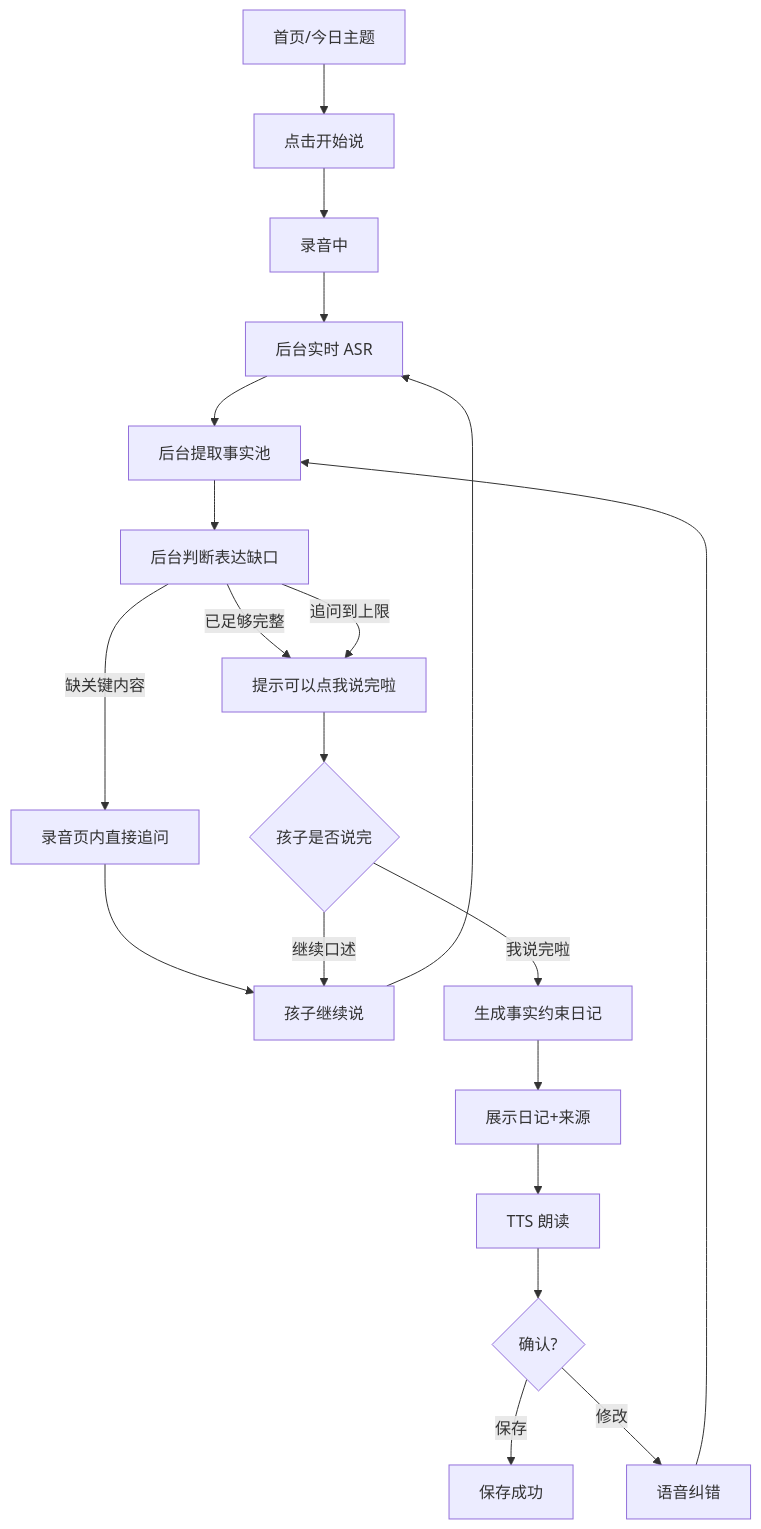
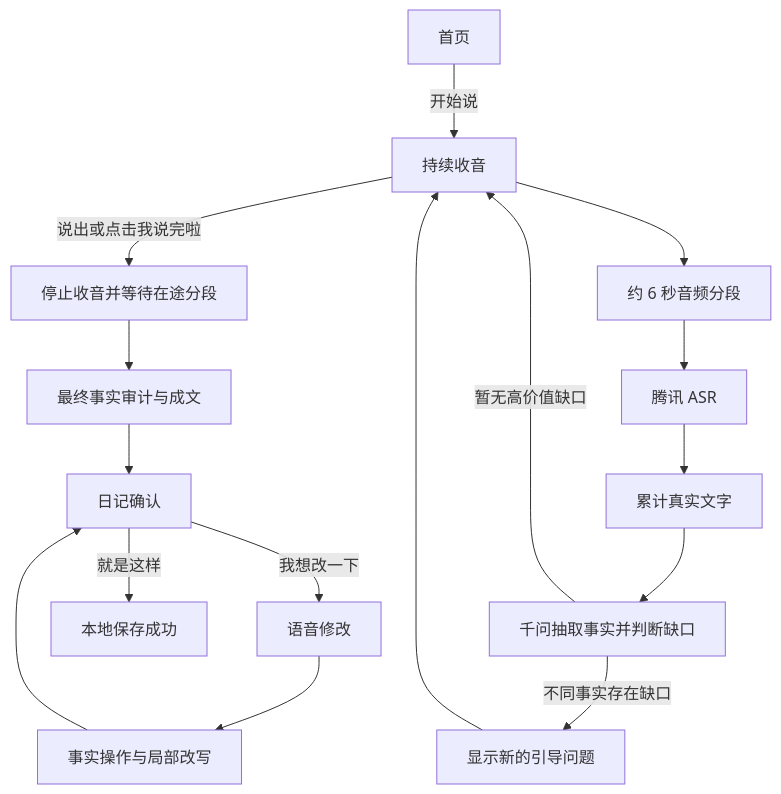
One commit to qq529077764/child_diary changed the diagram in mvp-product-spec.md. Above: the diagram before and after it, drawn with Mermaid. The commit also changed other lines of this file and 10 other files, not shown here.

````diff
--- a/mvp-product-spec.md
+++ b/mvp-product-spec.md
@@ -65,22 +72,18 @@
 ```mermaid
 flowchart TD
-  A[首页/今日主题] --> B[点击开始说]
-  B --> C[录音中]
-  C --> D[后台实时 ASR]
-  D --> E[后台提取事实池]
-  E --> F[后台判断表达缺口]
-  F -- 缺关键内容 --> G[录音页内直接追问]
-  G --> H[孩子继续说]
-  H --> D
-  F -- 已足够完整 --> I[提示可以点我说完啦]
-  I --> J{孩子是否说完}
-  J -- 继续口述 --> H
-  J -- 我说完啦 --> K[生成事实约束日记]
-  F -- 追问到上限 --> I
-  K --> L[展示日记+来源]
-  L --> M[TTS 朗读]
-  M --> N{确认?}
-  N -- 保存 --> O[保存成功]
-  N -- 修改 --> P[语音纠错]
-  P --> E
+  A[首页] -->|开始说| B[持续收音]
+  B --> C[约 6 秒音频分段]
+  C --> D[腾讯 ASR]
+  D --> E[累计真实文字]
+  E --> F[千问抽取事实并判断缺口]
+  F -->|不同事实存在缺口| G[显示新的引导问题]
+  G --> B
+  F -->|暂无高价值缺口| B
+  B -->|说出或点击我说完啦| H[停止收音并等待在途分段]
+  H --> I[最终事实审计与成文]
+  I --> J[日记确认]
+  J -->|就是这样| K[本地保存成功]
+  J -->|我想改一下| L[语音修改]
+  L --> M[事实操作与局部改写]
+  M --> J
 ```
````
